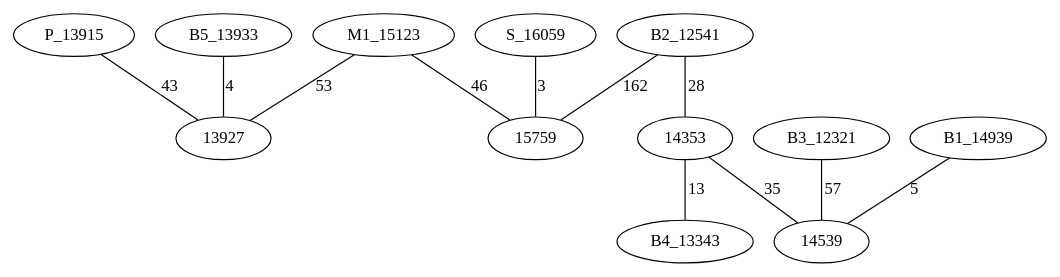
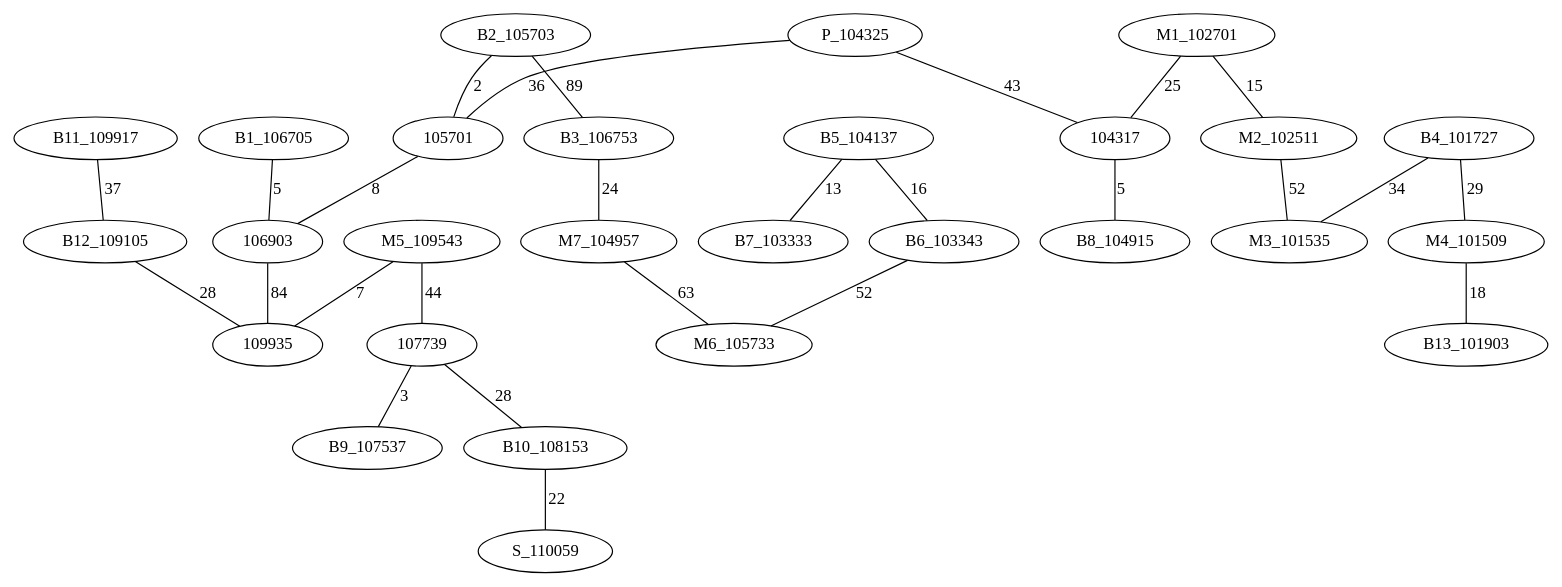
One commit to AsmNoob/Labyrinthe changed the diagram in Graph.dot. Above: the diagram before and after it, drawn with Graphviz. The commit also changed 3 other files, not shown here.

```diff
--- a/Graph.dot
+++ b/Graph.dot
@@ -1,15 +1,30 @@
 graph chemin {
 
-	P_13915 -- 13927 [label=43]
-	B1_14939 -- 14539 [label=5]
-	B2_12541 -- 15759 [label=162]
-	B2_12541 -- 14353 [label=28]
-	B3_12321 -- 14539 [label=57]
-	M1_15123 -- 15759 [label=46]
-	M1_15123 -- 13927 [label=53]
-	14353 -- B4_13343 [label=13]
-	14353 -- 14539 [label=35]
-	B5_13933 -- 13927 [label=4]
-	S_16059 -- 15759 [label=3]
+	P_104325 -- 105701 [label=36]
+	P_104325 -- 104317 [label=43]
+	M1_102701 -- 104317 [label=25]
+	M1_102701 -- M2_102511 [label=15]
+	B1_106705 -- 106903 [label=5]
+	B2_105703 -- 105701 [label=2]
+	B2_105703 -- B3_106753 [label=89]
+	B4_101727 -- M3_101535 [label=34]
+	B4_101727 -- M4_101509 [label=29]
+	105701 -- 106903 [label=8]
+	B5_104137 -- B6_103343 [label=16]
+	B5_104137 -- B7_103333 [label=13]
+	M5_109543 -- 107739 [label=44]
+	M5_109543 -- 109935 [label=7]
+	B6_103343 -- M6_105733 [label=52]
+	104317 -- B8_104915 [label=5]
+	107739 -- B9_107537 [label=3]
+	107739 -- B10_108153 [label=28]
+	B3_106753 -- M7_104957 [label=24]
+	B10_108153 -- S_110059 [label=22]
+	B11_109917 -- B12_109105 [label=37]
+	M7_104957 -- M6_105733 [label=63]
+	M4_101509 -- B13_101903 [label=18]
+	M2_102511 -- M3_101535 [label=52]
+	106903 -- 109935 [label=84]
+	B12_109105 -- 109935 [label=28]
 
 }
```
